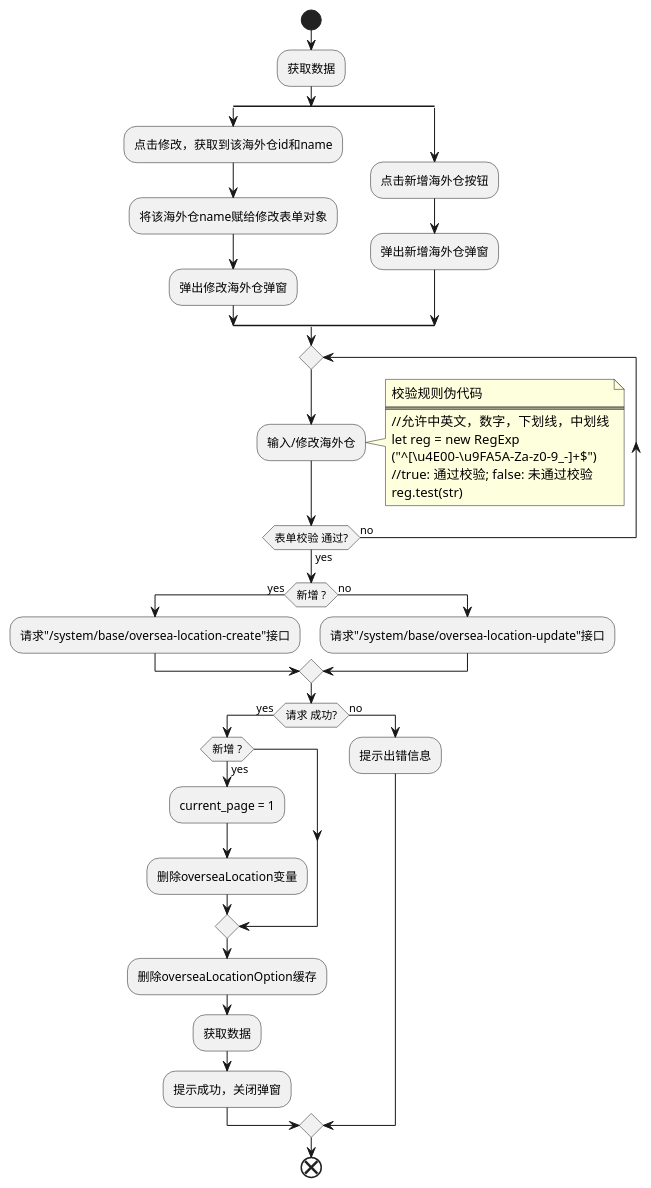
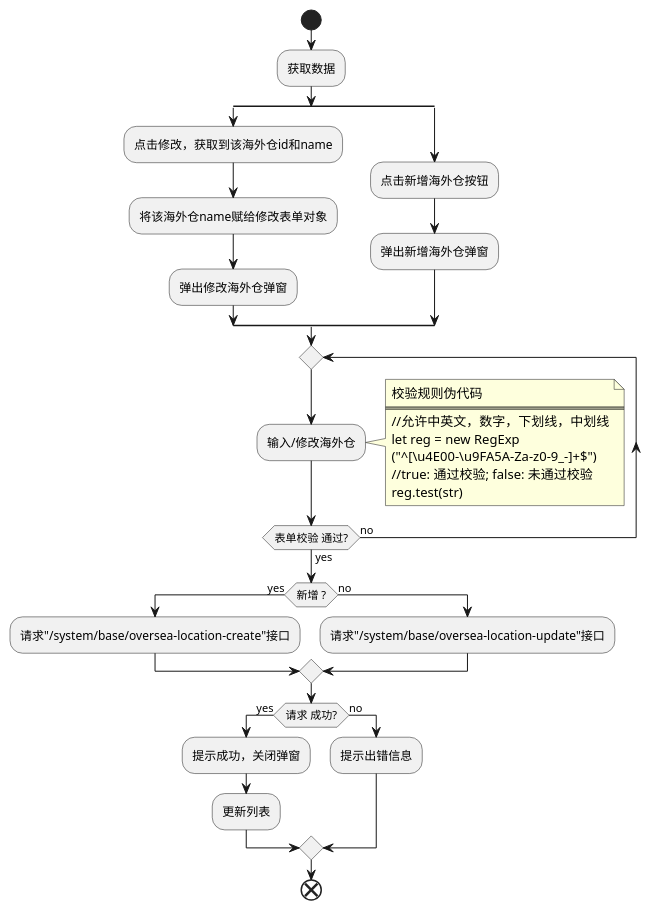
One commit to futurekidult/lis changed the diagram in docs/development-flow-diagram.puml/system/get-oversea-location.puml. Above: the diagram before and after it, drawn with PlantUML. The commit also changed 1 other file, not shown here.

```diff
--- a/docs/development-flow-diagram.puml/system/get-oversea-location.puml
+++ b/docs/development-flow-diagram.puml/system/get-oversea-location.puml
@@ -1,43 +1,38 @@
 @startuml
 
 start
 :获取数据;
 split
   :点击修改，获取到该海外仓id和name;
   :将该海外仓name赋给修改表单对象;
   :弹出修改海外仓弹窗;
 split again
   :点击新增海外仓按钮;
   :弹出新增海外仓弹窗;
 end split
  repeat
     :输入/修改海外仓;
   repeat while(表单校验 通过?) is (no) not (yes)
   note right 
     校验规则伪代码
     ====
     //允许中英文，数字，下划线，中划线
     let reg = new RegExp
     ("^[\u4E00-\u9FA5A-Za-z0-9_-]+$")
     //true: 通过校验; false: 未通过校验
     reg.test(str) 
   end note
   if(新增 ?) then (yes)
     :请求"/system/base/oversea-location-create"接口;
   else (no)
     :请求"/system/base/oversea-location-update"接口;
   endif
   if(请求 成功?) then (yes)
-    if(新增 ?) then (yes)
-      :current_page = 1;
-      :删除overseaLocation变量;
-    endif
-    :删除overseaLocationOption缓存;
-    :获取数据;
     :提示成功，关闭弹窗;
+    :更新列表;
   else (no)
     :提示出错信息;
   endif
 end
 
 @enduml
```
